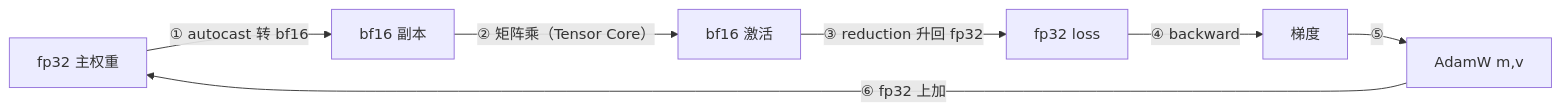
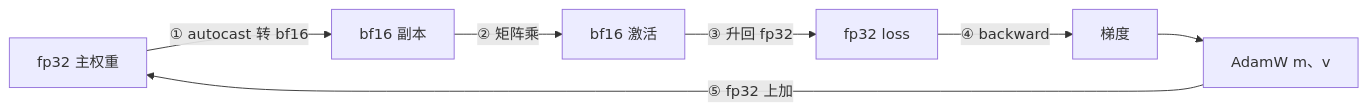
Before and after one commit to arganzheng/arganzheng.github.com: the third of 4 diagrams in slides/2026-01-22-algorithm-tooling.md, drawn with Mermaid. The commit also changed other lines of this file, not shown here.

Commit message:
slides(2026-01-22-algorithm-tooling): 图内文字 ≥14px——标签缩短/拆分/Unicode 数学

````diff
--- a/slides/2026-01-22-algorithm-tooling.md
+++ b/slides/2026-01-22-algorithm-tooling.md
@@ -207,9 +208,9 @@
 ```mermaid
 flowchart LR
     W32["fp32 主权重"] -- "① autocast 转 bf16" --> W16["bf16 副本"]
-    W16 -- "② 矩阵乘（Tensor Core）" --> ACT["bf16 激活"]
-    ACT -- "③ reduction 升回 fp32" --> LOSS["fp32 loss"]
+    W16 -- "② 矩阵乘" --> ACT["bf16 激活"]
+    ACT -- "③ 升回 fp32" --> LOSS["fp32 loss"]
     LOSS -- "④ backward" --> G["梯度"]
-    G -- "⑤" --> OPT["AdamW m,v"]
-    OPT -- "⑥ fp32 上加" --> W32
+    G --> OPT["AdamW m、v"]
+    OPT -- "⑤ fp32 上加" --> W32
 ```
````
